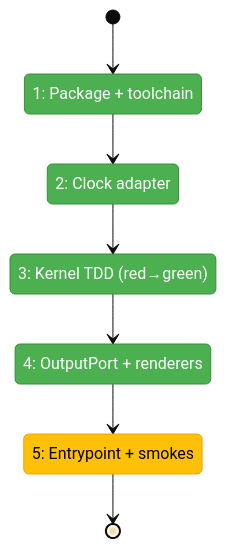
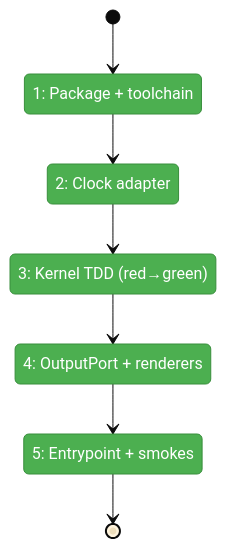
Before and after one commit to AI-Substrate/harness-engineering: the first of 2 diagrams in docs/plans/004-harness-core/tasks/phase-1-package-scaffold-engineering-kernel/tasks.fltplan.md, drawn with Mermaid (base theme). The commit also changed other lines of this file and 3 other files, not shown here.

````diff
--- a/docs/plans/004-harness-core/tasks/phase-1-package-scaffold-engineering-kernel/tasks.fltplan.md
+++ b/docs/plans/004-harness-core/tasks/phase-1-package-scaffold-engineering-kernel/tasks.fltplan.md
@@ -39,23 +39,22 @@
 ```mermaid
 stateDiagram-v2
     classDef pending fill:#9E9E9E,stroke:#757575,color:#fff
     classDef active fill:#FFC107,stroke:#FFA000,color:#000
     classDef done fill:#4CAF50,stroke:#388E3C,color:#fff
     classDef blocked fill:#F44336,stroke:#D32F2F,color:#fff
 
     state "1: Package + toolchain" as S1
     state "2: Clock adapter" as S2
     state "3: Kernel TDD (red→green)" as S3
     state "4: OutputPort + renderers" as S4
     state "5: Entrypoint + smokes" as S5
 
     [*] --> S1
     S1 --> S2
     S2 --> S3
     S3 --> S4
     S4 --> S5
     S5 --> [*]
 
-    class S1,S2,S3,S4 done
-    class S5 active
+    class S1,S2,S3,S4,S5 done
 ```
````
